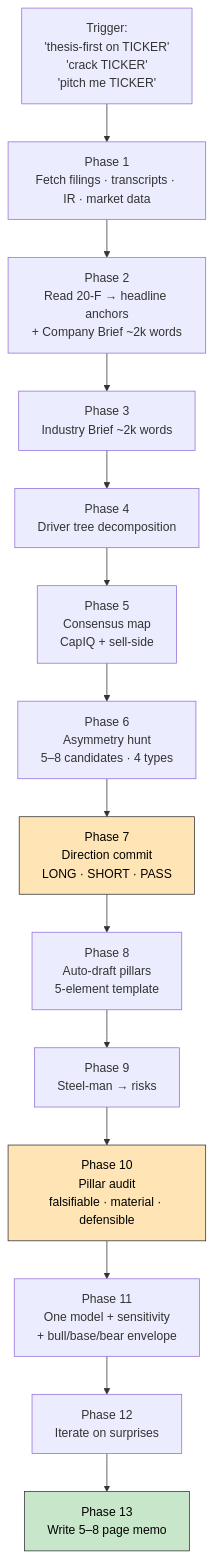
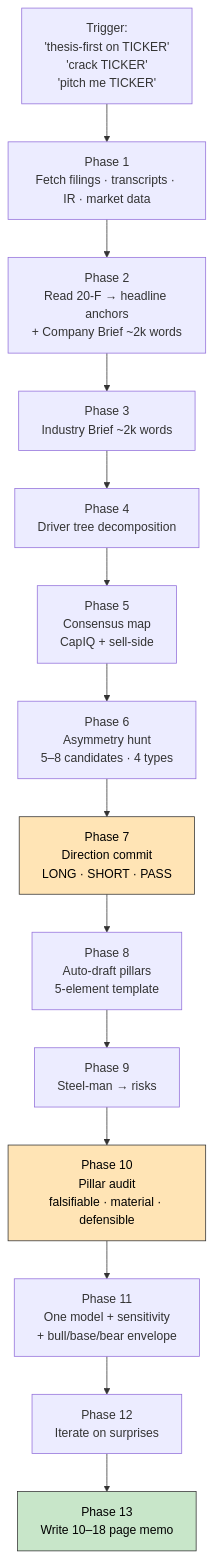
The diagram in README.md (GeniusTrader-Harry/equity-research-skill), drawn with Mermaid before and after one commit. The commit also changed other lines of this file and 15 other files, not shown here.

````diff
--- a/README.md
+++ b/README.md
@@ -57,19 +57,19 @@
 ```mermaid
 flowchart TD
     A[Trigger:<br/>'thesis-first on TICKER'<br/>'crack TICKER'<br/>'pitch me TICKER'] --> B[Phase 1<br/>Fetch filings · transcripts · IR · market data]
     B --> C[Phase 2<br/>Read 20-F → headline anchors<br/>+ Company Brief ~2k words]
     C --> D[Phase 3<br/>Industry Brief ~2k words]
     D --> E[Phase 4<br/>Driver tree decomposition]
     E --> F[Phase 5<br/>Consensus map<br/>CapIQ + sell-side]
     F --> G[Phase 6<br/>Asymmetry hunt<br/>5–8 candidates · 4 types]
     G --> H[Phase 7<br/>Direction commit<br/>LONG · SHORT · PASS]
     H --> I[Phase 8<br/>Auto-draft pillars<br/>5-element template]
     I --> J[Phase 9<br/>Steel-man → risks]
     J --> K[Phase 10<br/>Pillar audit<br/>falsifiable · material · defensible]
     K --> L[Phase 11<br/>One model + sensitivity<br/>+ bull/base/bear envelope]
     L --> M[Phase 12<br/>Iterate on surprises]
-    M --> N[Phase 13<br/>Write 5–8 page memo]
+    M --> N[Phase 13<br/>Write 10–18 page memo]
     style H fill:#ffe4b5,stroke:#333,color:#000
     style K fill:#ffe4b5,stroke:#333,color:#000
     style N fill:#c8e6c9,stroke:#333,color:#000
 ```
````
